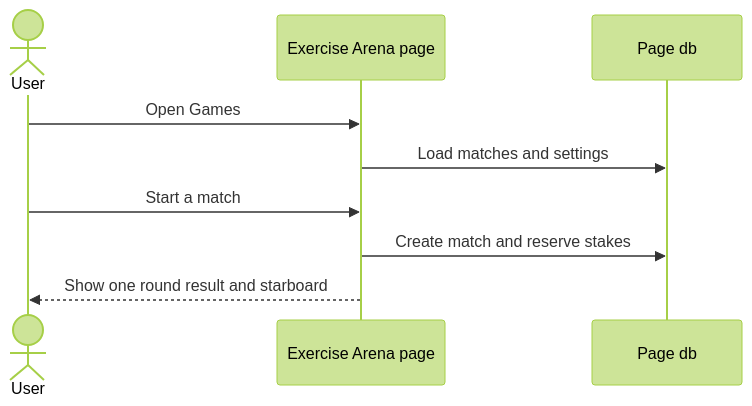
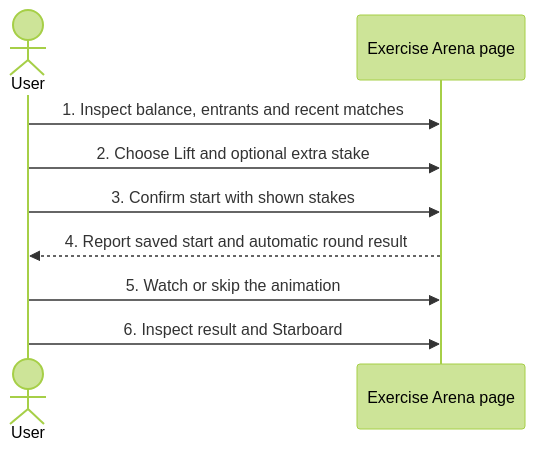
One commit to lengthlong/exercise_arena changed the diagram in journey/user/0005-play-a-match.md. Above: the diagram before and after it, drawn with Mermaid (forest theme). The commit also changed other lines of this file and 27 other files, not shown here.

````diff
--- a/journey/user/0005-play-a-match.md
+++ b/journey/user/0005-play-a-match.md
@@ -8,11 +9,11 @@
 ```mermaid
 sequenceDiagram
     actor U as User
     participant P as Exercise Arena page
-    participant D as Page db
-    U->>P: Open Games
-    P->>D: Load matches and settings
-    U->>P: Start a match
-    P->>D: Create match and reserve stakes
-    P-->>U: Show one round result and starboard
+    U->>P: 1. Inspect balance, entrants and recent matches
+    U->>P: 2. Choose Lift and optional extra stake
+    U->>P: 3. Confirm start with shown stakes
+    P-->>U: 4. Report saved start and automatic round result
+    U->>P: 5. Watch or skip the animation
+    U->>P: 6. Inspect result and Starboard
 ```
````
